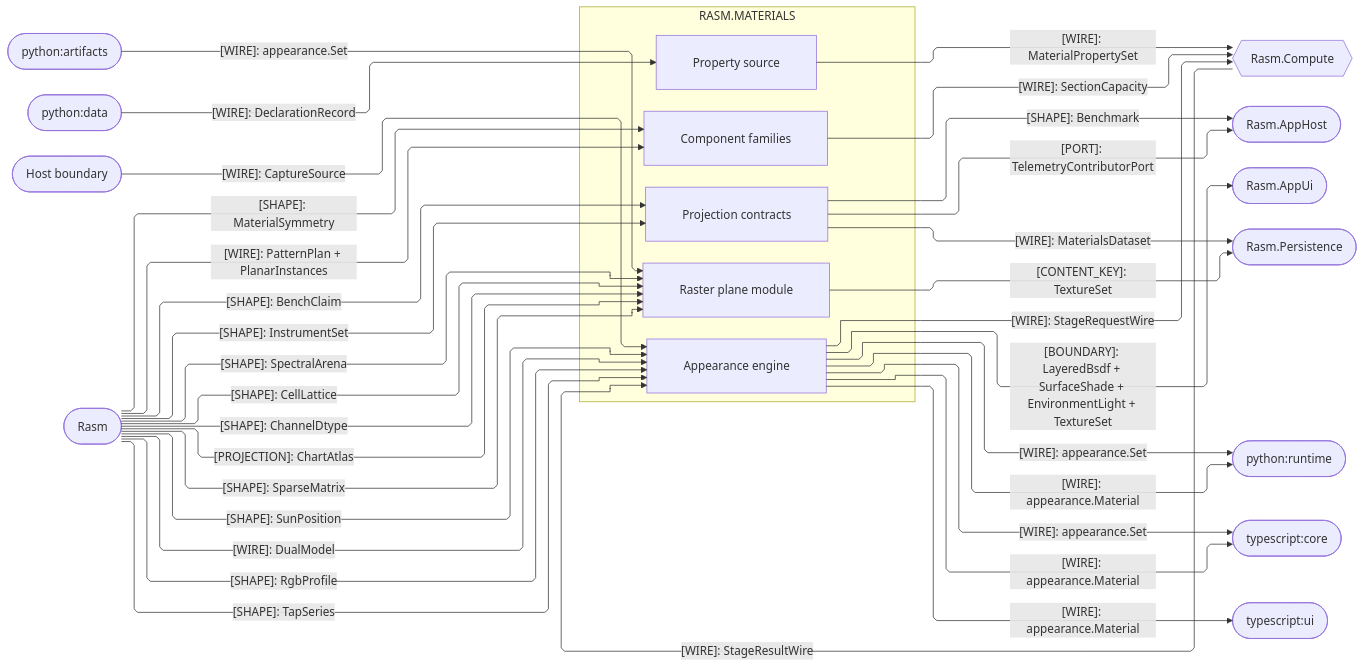
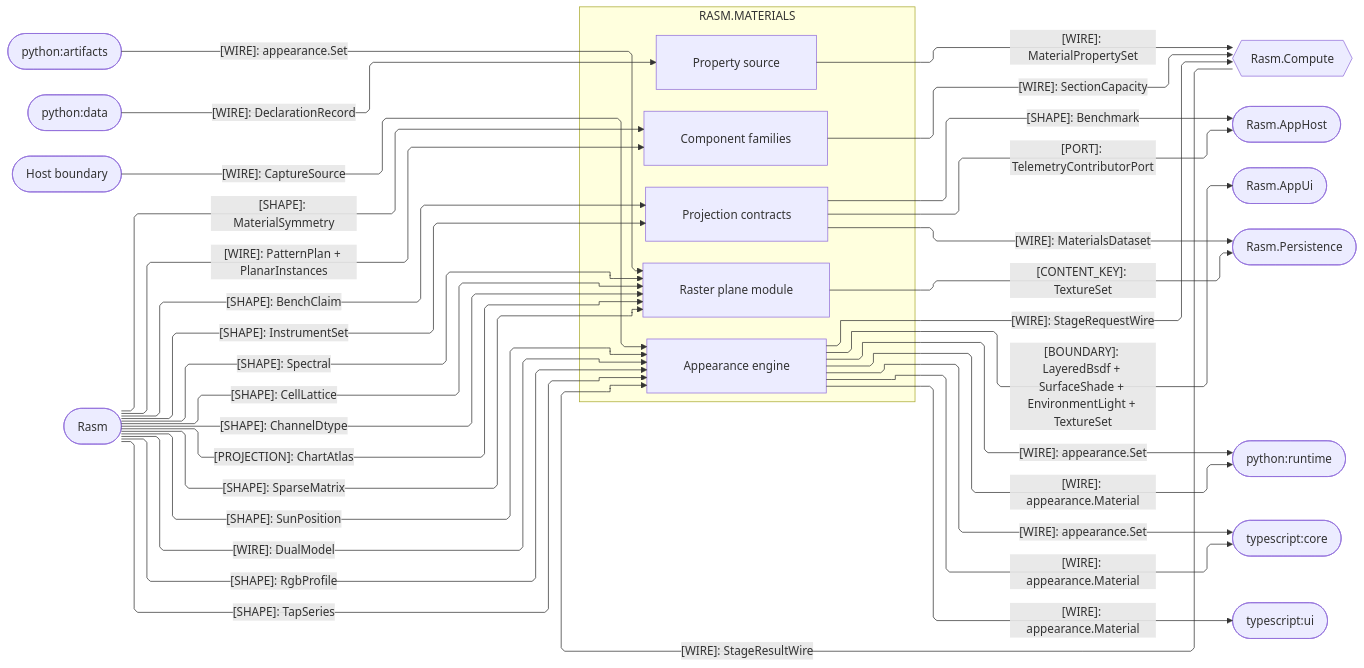
Before and after one commit to bsamiee/Rasm: the third of 5 diagrams in libs/dotnet/Rasm.Materials/ARCHITECTURE.md, drawn with Mermaid. The commit also changed 83 other files, not shown here.

````diff
--- a/libs/dotnet/Rasm.Materials/ARCHITECTURE.md
+++ b/libs/dotnet/Rasm.Materials/ARCHITECTURE.md
@@ -147,60 +147,60 @@
 ```mermaid
 ---
 config:
   layout: elk
   flowchart:
     curve: linear
     padding: 25
 ---
 flowchart LR
     accTitle: Materials platform, compute, and cross-runtime interfaces
     accDescr: Which capacity, appearance, telemetry, and analytics contracts cross between Materials and the platform, host, and peer runtimes.
     subgraph materials[RASM.MATERIALS]
         Component[Component families]
         Properties[Property source]
         Appearance[Appearance engine]
         Raster[Raster plane module]
         Projection[Projection contracts]
     end
     Compute{{Rasm.Compute}}
     AppHost([Rasm.AppHost])
     AppUi([Rasm.AppUi])
     Persistence([Rasm.Persistence])
     PyArtifacts([python:artifacts])
     PyData([python:data])
     PyRuntime([python:runtime])
     Core([typescript:core])
     Ui([typescript:ui])
     Host([Host boundary])
     Rasm([Rasm])
     Rasm e1@-->|"[SHAPE]: SunPosition"| Appearance
-    Rasm e2@-->|"[SHAPE]: SpectralArena"| Raster
+    Rasm e2@-->|"[SHAPE]: Spectral"| Raster
     Rasm e3@-->|"[SHAPE]: CellLattice"| Raster
     Rasm e4@-->|"[SHAPE]: ChannelDtype"| Raster
     Rasm e5@-->|"[PROJECTION]: ChartAtlas"| Raster
     Rasm e6@-->|"[WIRE]: DualModel"| Appearance
     Rasm e7@-->|"[WIRE]: PatternPlan + PlanarInstances"| Component
     Rasm e8@-->|"[SHAPE]: MaterialSymmetry"| Component
     Rasm e9@-->|"[SHAPE]: RgbProfile"| Appearance
     Rasm e10@-->|"[SHAPE]: TapSeries"| Appearance
     Rasm e11@-->|"[SHAPE]: SparseMatrix"| Raster
     Rasm e12@-->|"[SHAPE]: InstrumentSet"| Projection
     Rasm e13@-->|"[SHAPE]: BenchClaim"| Projection
     Component e14@-->|"[WIRE]: SectionCapacity"| Compute
     Properties e15@-->|"[WIRE]: MaterialPropertySet"| Compute
     Appearance e16@-->|"[WIRE]: StageRequestWire"| Compute
     Compute e17@-->|"[WIRE]: StageResultWire"| Appearance
     Appearance e18@-->|"[BOUNDARY]: LayeredBsdf + SurfaceShade + EnvironmentLight + TextureSet"| AppUi
     Appearance e19@-->|"[WIRE]: appearance.Material"| Core
     Appearance e20@-->|"[WIRE]: appearance.Material"| PyRuntime
     Appearance e21@-->|"[WIRE]: appearance.Set"| Core
     Appearance e22@-->|"[WIRE]: appearance.Set"| PyRuntime
     Appearance e23@-->|"[WIRE]: appearance.Material"| Ui
     PyArtifacts e24@-->|"[WIRE]: appearance.Set"| Raster
     PyData e25@-->|"[WIRE]: DeclarationRecord"| Properties
     Host e26@-->|"[WIRE]: CaptureSource"| Appearance
     Projection e27@-->|"[PORT]: TelemetryContributorPort"| AppHost
     Projection e28@-->|"[SHAPE]: Benchmark"| AppHost
     Projection e29@-->|"[WIRE]: MaterialsDataset"| Persistence
     Raster e30@-->|"[CONTENT_KEY]: TextureSet"| Persistence
 ```
````
